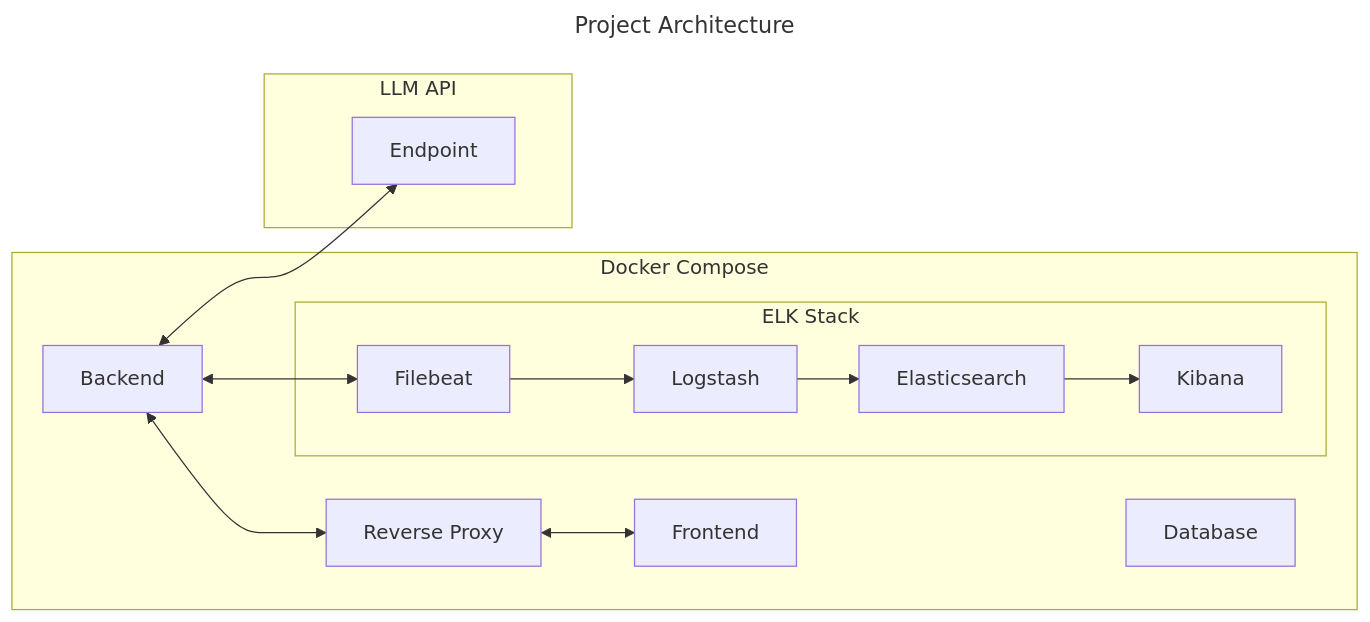
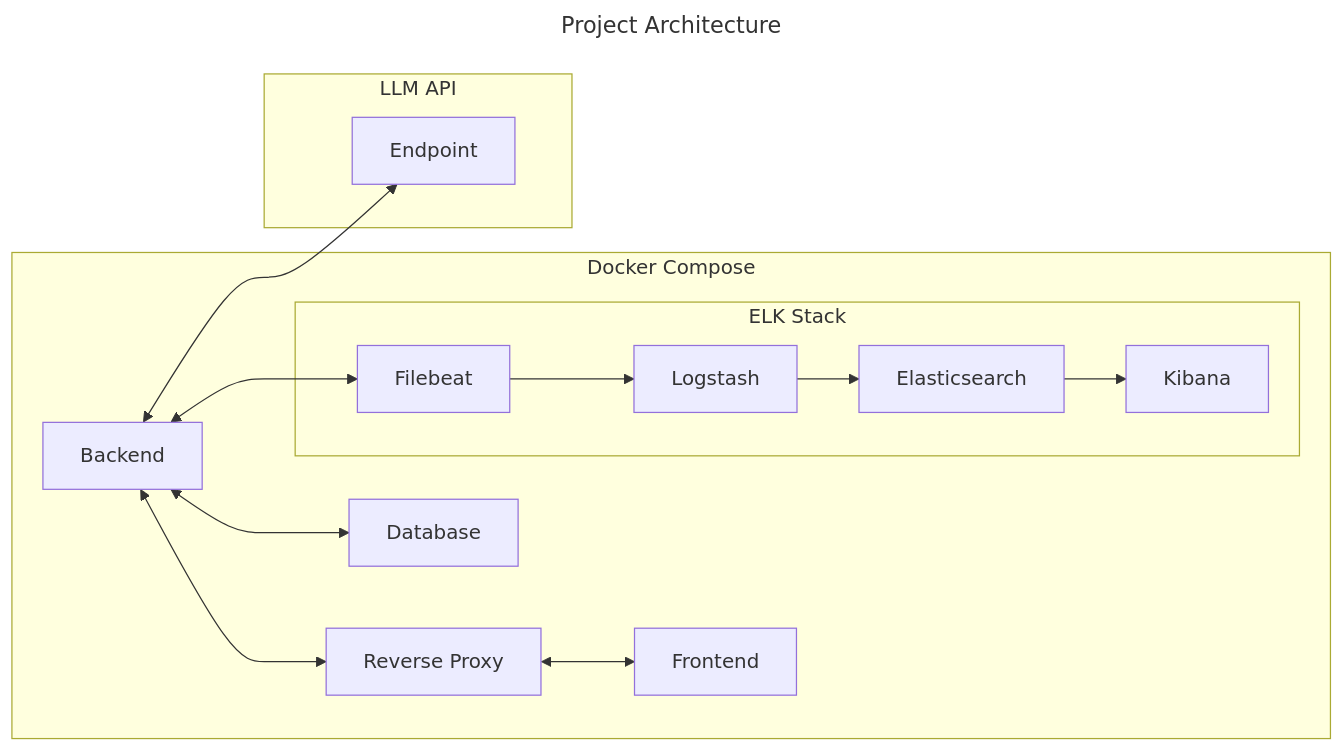
The diagram in ARCHITECTURE.md (dubmix/RAG-chatbot), drawn with Mermaid before and after one commit.

````diff
--- a/ARCHITECTURE.md
+++ b/ARCHITECTURE.md
@@ -3,32 +3,33 @@
 ```mermaid
 ---
 title: Project Architecture
 theme: base
 ---
 
 flowchart LR
     subgraph docker[Docker Compose]
         backend[Backend]
         frontend[Frontend]
         database[Database]
         nginx[Reverse Proxy]
         subgraph elk[ELK Stack]
             elastic[Elasticsearch]
             kibana[Kibana]
             logstash[Logstash]
             filebeat[Filebeat]
         end
     end
 
     subgraph llmapi[LLM API]
         llmendpoint[Endpoint]
     end
 
         backend <--> filebeat
         backend <--> nginx
         backend <--> llmendpoint
+        backend <--> database
         nginx <--> frontend
         filebeat --> logstash
         logstash --> elastic
         elastic --> kibana
 ```
````
